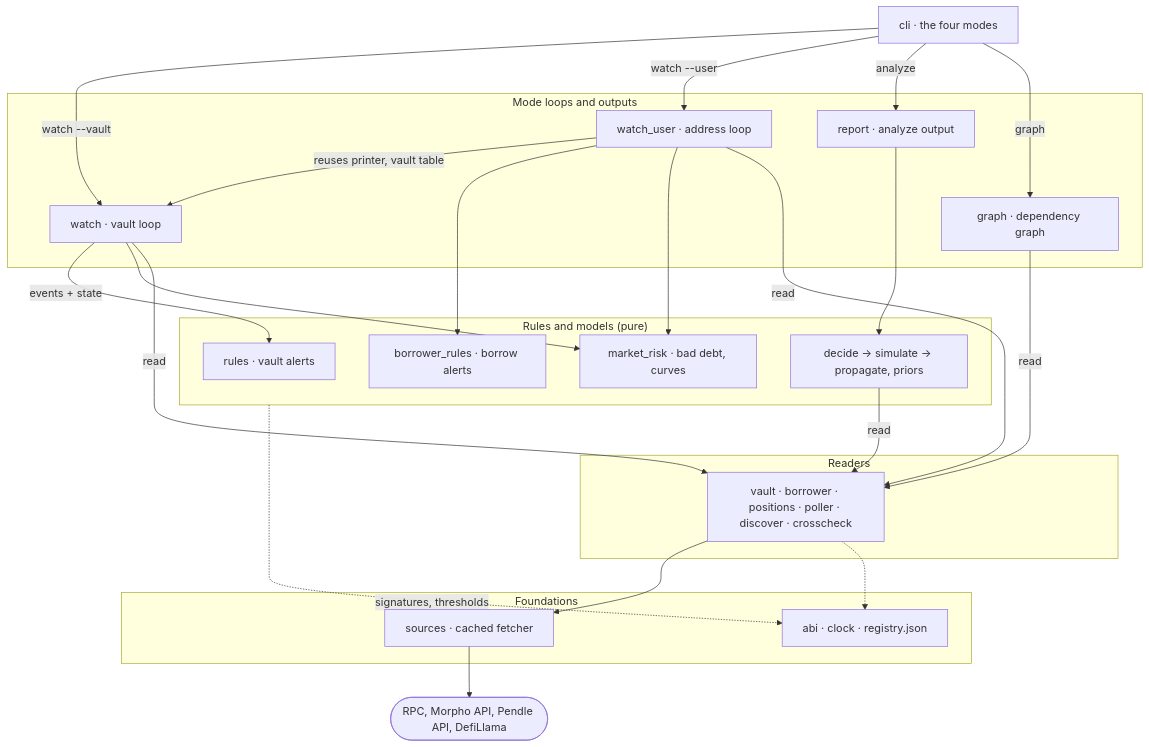
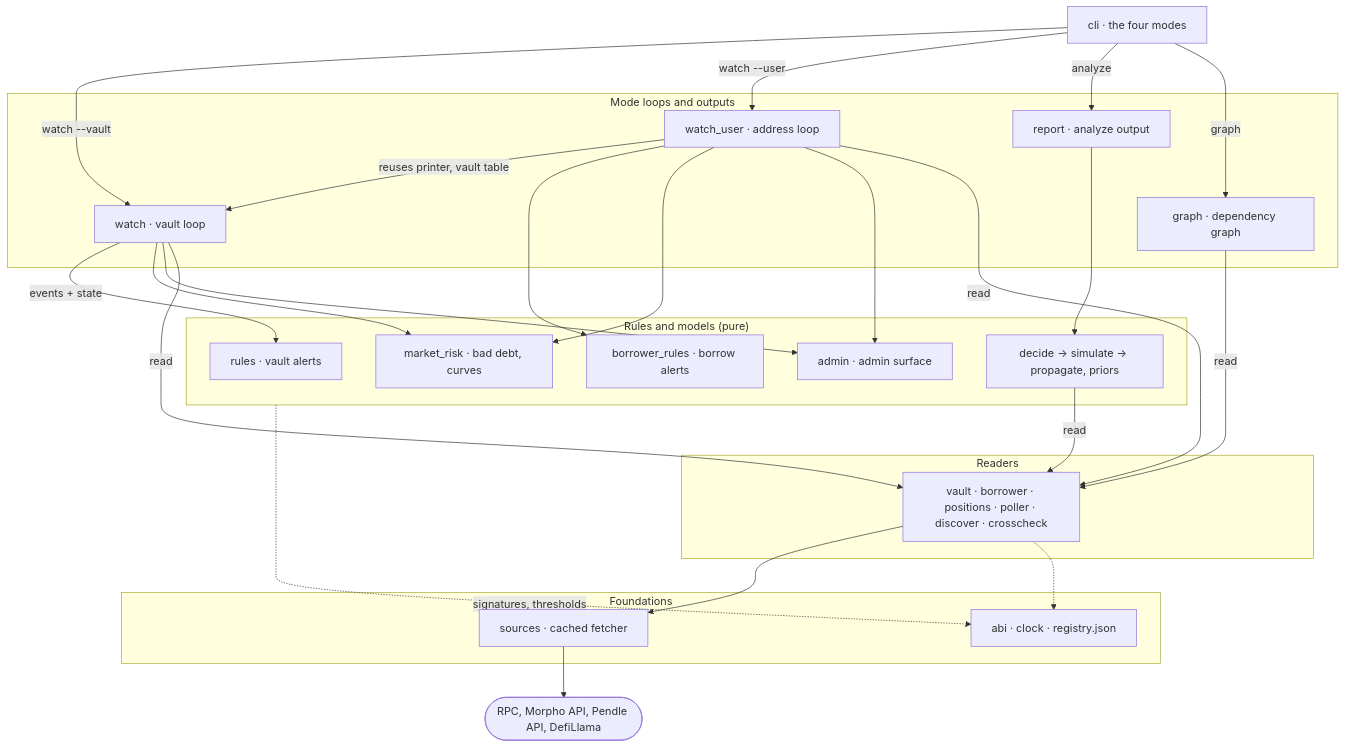
Before and after one commit to rya-sge/defi-monitoring: the first of 3 diagrams in ARCHITECTURE.md, drawn with Mermaid. The commit also changed other lines of this file and 374 other files, not shown here.

Commit message:
feat: watch the admin surface of watched markets (upgrades, owners, feeds, pauses, mints, Blue owner) and oracle divergence; handle free-RPC log limits

````diff
--- a/ARCHITECTURE.md
+++ b/ARCHITECTURE.md
@@ -35,43 +35,46 @@
 ```mermaid
 flowchart TB
   cli["cli · the four modes"]
   subgraph Loops["Mode loops and outputs"]
     watch["watch · vault loop"]
     watch_user["watch_user · address loop"]
     report["report · analyze output"]
     graphmod["graph · dependency graph"]
   end
   subgraph Rules["Rules and models (pure)"]
     rules["rules · vault alerts"]
     borrower_rules["borrower_rules · borrow alerts"]
     market_risk["market_risk · bad debt, curves"]
+    admin["admin · admin surface"]
     model["decide → simulate → propagate, priors"]
   end
   subgraph Readers["Readers"]
     readers["vault · borrower · positions · poller · discover · crosscheck"]
   end
   subgraph Base["Foundations"]
     sources["sources · cached fetcher"]
     base["abi · clock · registry.json"]
   end
   net(["RPC, Morpho API, Pendle API, DefiLlama"])
 
   cli -->|"watch --vault"| watch
   cli -->|"watch --user"| watch_user
   cli -->|"analyze"| report
   cli -->|"graph"| graphmod
   watch_user -->|"reuses printer, vault table"| watch
   watch -->|"events + state"| rules
   watch --> market_risk
   watch_user --> borrower_rules
   watch_user --> market_risk
+  watch --> admin
+  watch_user --> admin
   report --> model
   watch -->|"read"| readers
   watch_user -->|"read"| readers
   graphmod -->|"read"| readers
   model -->|"read"| readers
   readers --> sources
   sources --> net
   Rules -.->|"signatures, thresholds"| base
   readers -.-> base
 ```
````
